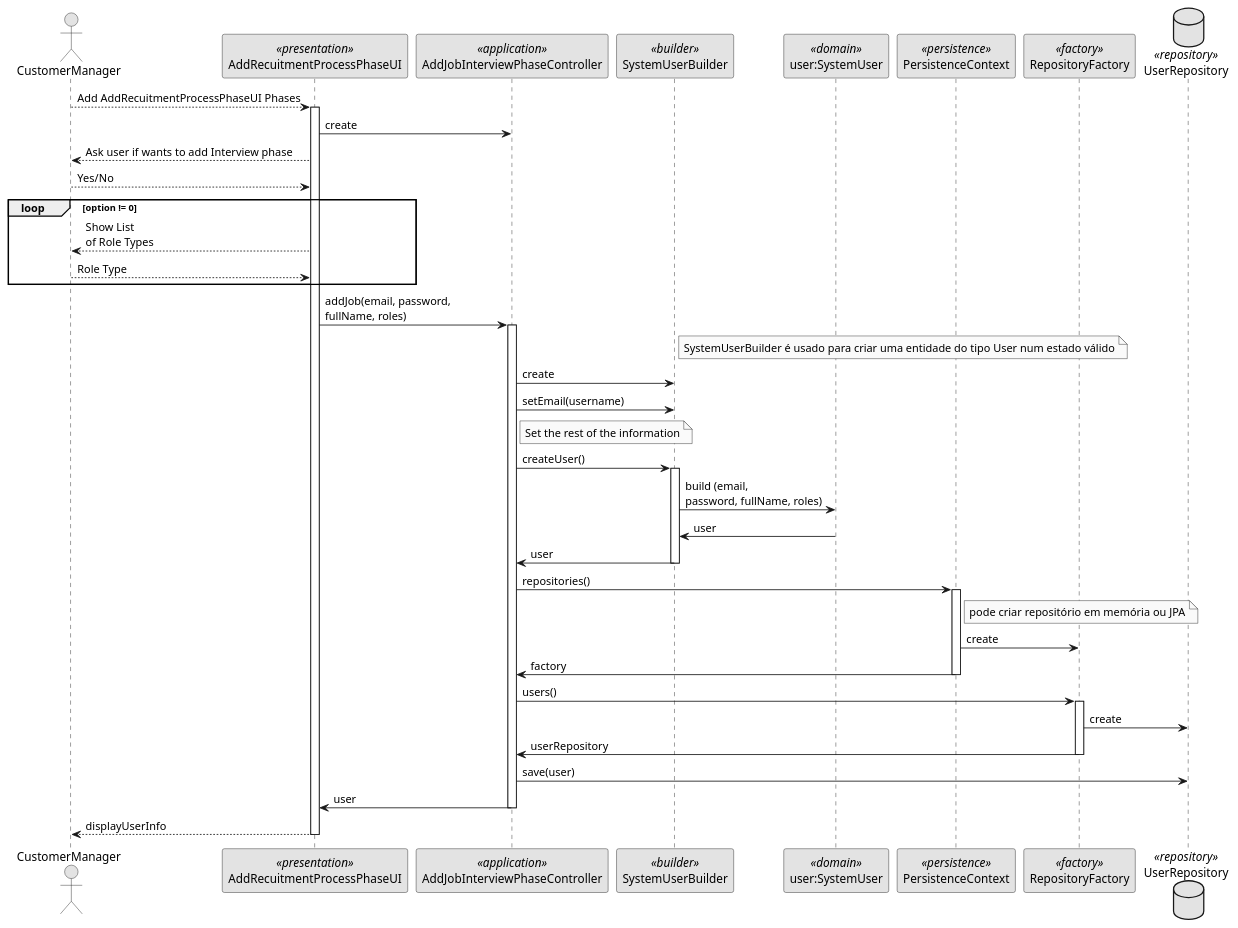
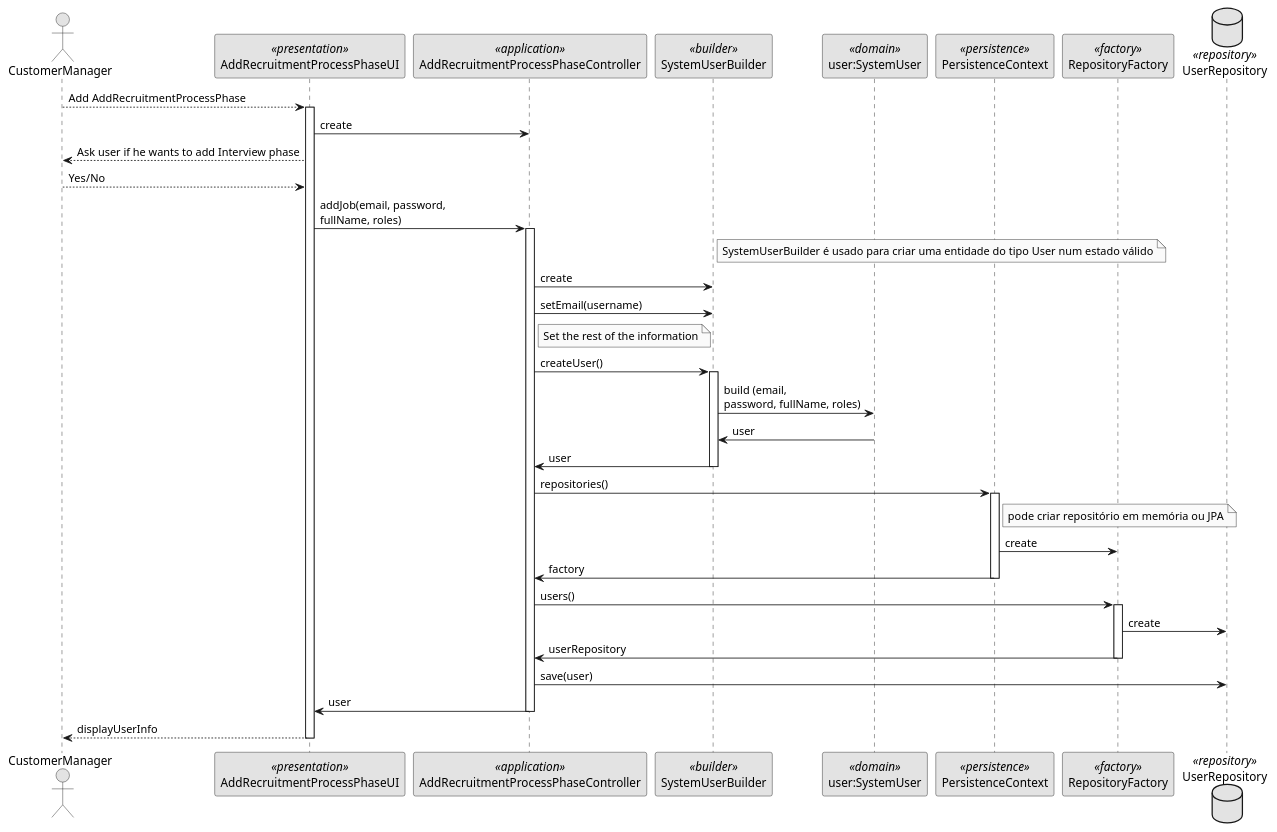
The diagram in docs/US_Sprint_B/US1007-SetupPhases/SD - Setup Phases.puml (JoelBrunoFerreira/isep-lapr4), drawn with PlantUML before and after one commit.

Commit message:
Sprint B - US1007 SD update

```diff
--- a/docs/US_Sprint_B/US1007-SetupPhases/SD - Setup Phases.puml
+++ b/docs/US_Sprint_B/US1007-SetupPhases/SD - Setup Phases.puml
@@ -1,69 +1,66 @@
 @startuml
 'http://plantuml.com/skinparam.html
 skinparam handwritten false
 skinparam monochrome true
 skinparam packageStyle rect
 skinparam defaultFontName FG Virgil
 skinparam shadowing false
 
 actor CustomerManager as Actor
-participant AddRecuitmentProcessPhaseUI as UI <<presentation>>
-participant AddJobInterviewPhaseController as Controller <<application>>
+participant AddRecruitmentProcessPhaseUI as UI <<presentation>>
+participant AddRecruitmentProcessPhaseController as Controller <<application>>
 participant SystemUserBuilder as Builder <<builder>>
 participant "user:SystemUser" as Domain <<domain>>
 participant PersistenceContext as Persistence <<persistence>>
 participant RepositoryFactory as Factory <<factory>>
 database UserRepository as Repository <<repository>>
 
-Actor --> UI: Add AddRecuitmentProcessPhaseUI Phases
+Actor --> UI: Add AddRecruitmentProcessPhase
 activate UI
     UI -> Controller: create
-    UI --> Actor: Ask user if wants to add Interview phase
+    UI --> Actor: Ask user if he wants to add Interview phase
     Actor --> UI: Yes/No
 
-    loop option != 0
-        UI --> Actor: Show List\nof Role Types
-        Actor --> UI: Role Type
-    end
+
 
     UI -> Controller: addJob(email, password, \nfullName, roles)
     activate Controller
         note right of Builder:SystemUserBuilder é usado para criar uma entidade do tipo User num estado válido
         Controller -> Builder: create
         Controller -> Builder:setEmail(username)
 
         note right of Controller: Set the rest of the information
 
         'Controller -> Builder:setPassword(password)
         'Controller -> Builder:setFirstName(firstName)
         'Controller -> Builder:setLastName(lastName)
         'Controller -> Builder:setEmail(email)
         'Controller -> Builder:setRoles(roles)
 
         Controller -> Builder:createUser()
         activate Builder
             Builder -> Domain: build (email,\npassword, fullName, roles)
             Domain->Builder: user
             Builder -> Controller:user
         deactivate Builder
 
         Controller -> Persistence: repositories()
         activate Persistence
             note right of Persistence: pode criar repositório em memória ou JPA
             Persistence -> Factory: create
             Persistence -> Controller: factory
         deactivate Persistence
 
         Controller -> Factory: users()
         activate Factory
             Factory -> Repository: create
             Factory -> Controller: userRepository
         deactivate Factory
 
         Controller->Repository:save(user)
         Controller->UI: user
     deactivate Controller
 
         UI-->Actor: displayUserInfo
 deactivate UI
 @enduml
```
